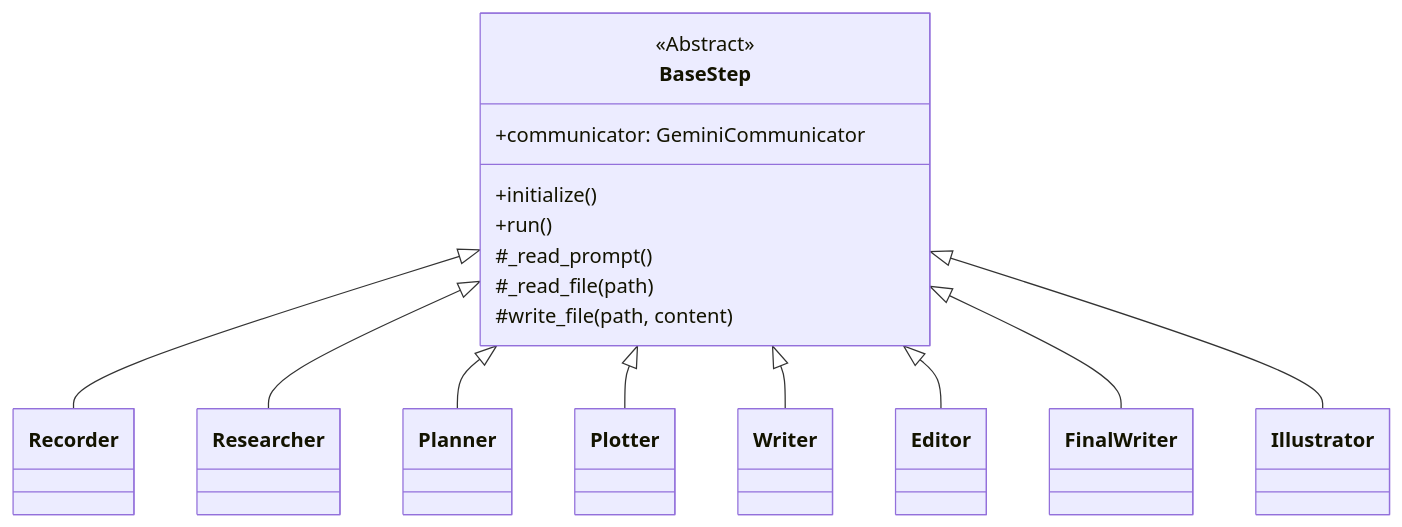
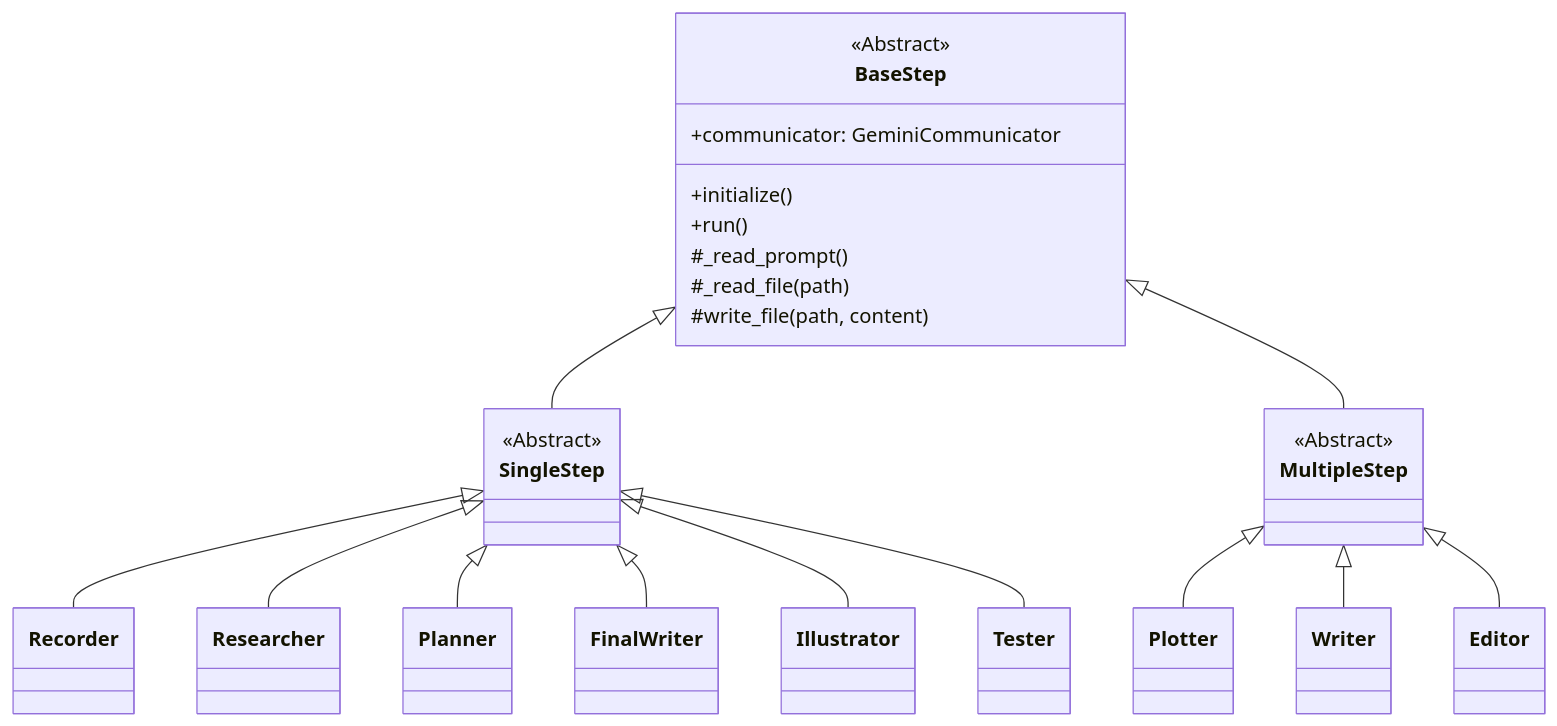
Before and after one commit to yomai-hiyashidewa/novel_workflow: the first of 2 diagrams in README.md, drawn with Mermaid. The commit also changed other lines of this file, not shown here.

````diff
--- a/README.md
+++ b/README.md
@@ -31,21 +32,33 @@
 ```mermaid
 classDiagram
     class BaseStep {
         <<Abstract>>
         +communicator: GeminiCommunicator
         +initialize()
         +run()
         #_read_prompt()
         #_read_file(path)
         #write_file(path, content)
     }
 
-    BaseStep <|-- Recorder
-    BaseStep <|-- Researcher
-    BaseStep <|-- Planner
-    BaseStep <|-- Plotter
-    BaseStep <|-- Writer
-    BaseStep <|-- Editor
-    BaseStep <|-- FinalWriter
-    BaseStep <|-- Illustrator
+    class SingleStep {
+        <<Abstract>>
+    }
+
+    class MultipleStep {
+        <<Abstract>>
+    }
+
+    BaseStep <|-- SingleStep
+    BaseStep <|-- MultipleStep
+
+    SingleStep <|-- Recorder
+    SingleStep <|-- Researcher
+    SingleStep <|-- Planner
+    MultipleStep <|-- Plotter
+    MultipleStep <|-- Writer
+    MultipleStep <|-- Editor
+    SingleStep <|-- FinalWriter
+    SingleStep <|-- Illustrator
+    SingleStep <|-- Tester
 ```
````
